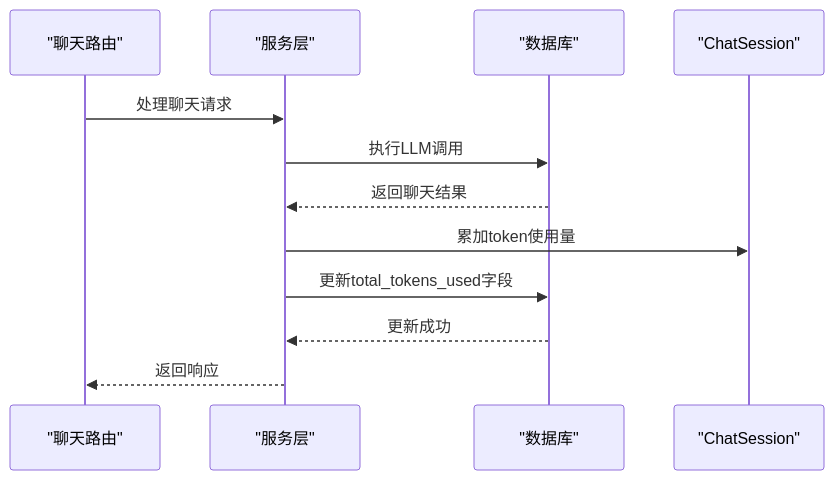
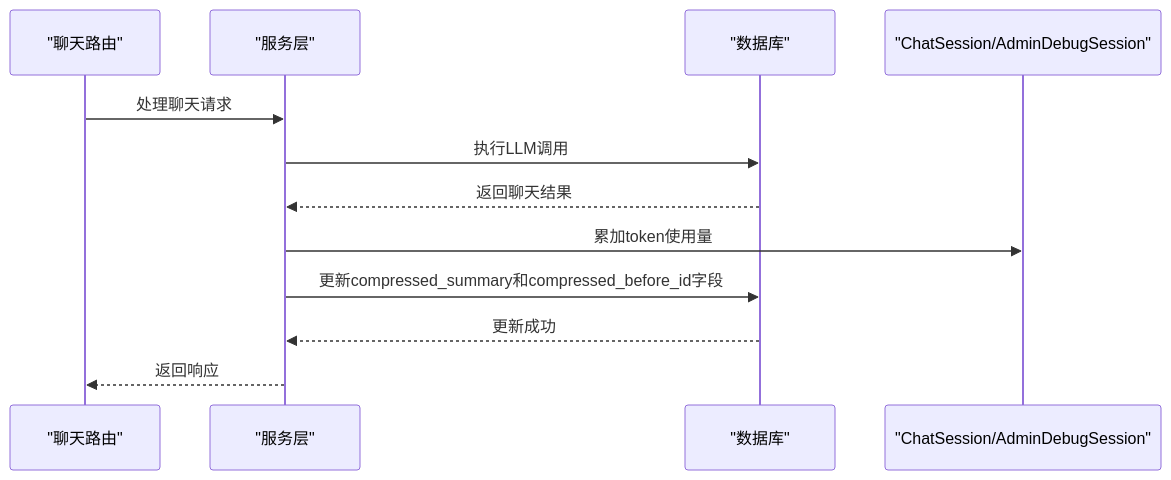
Before and after one commit to KunLabAI/KunFlix: the seventh of 8 diagrams in .qoder/repowiki/zh/content/数据库设计/数据库设计.md, drawn with Mermaid. The commit also changed other lines of this file and 14 other files, not shown here.

````diff
--- a/.qoder/repowiki/zh/content/数据库设计/数据库设计.md
+++ b/.qoder/repowiki/zh/content/数据库设计/数据库设计.md
@@ -650,14 +708,14 @@
 ```mermaid
 sequenceDiagram
 participant Router as "聊天路由"
 participant Service as "服务层"
 participant DB as "数据库"
-participant Session as "ChatSession"
+participant Session as "ChatSession/AdminDebugSession"
 Router->>Service : 处理聊天请求
 Service->>DB : 执行LLM调用
 DB-->>Service : 返回聊天结果
 Service->>Session : 累加token使用量
-Service->>DB : 更新total_tokens_used字段
+Service->>DB : 更新compressed_summary和compressed_before_id字段
 DB-->>Service : 更新成功
 Service-->>Router : 返回响应
 ```
````
